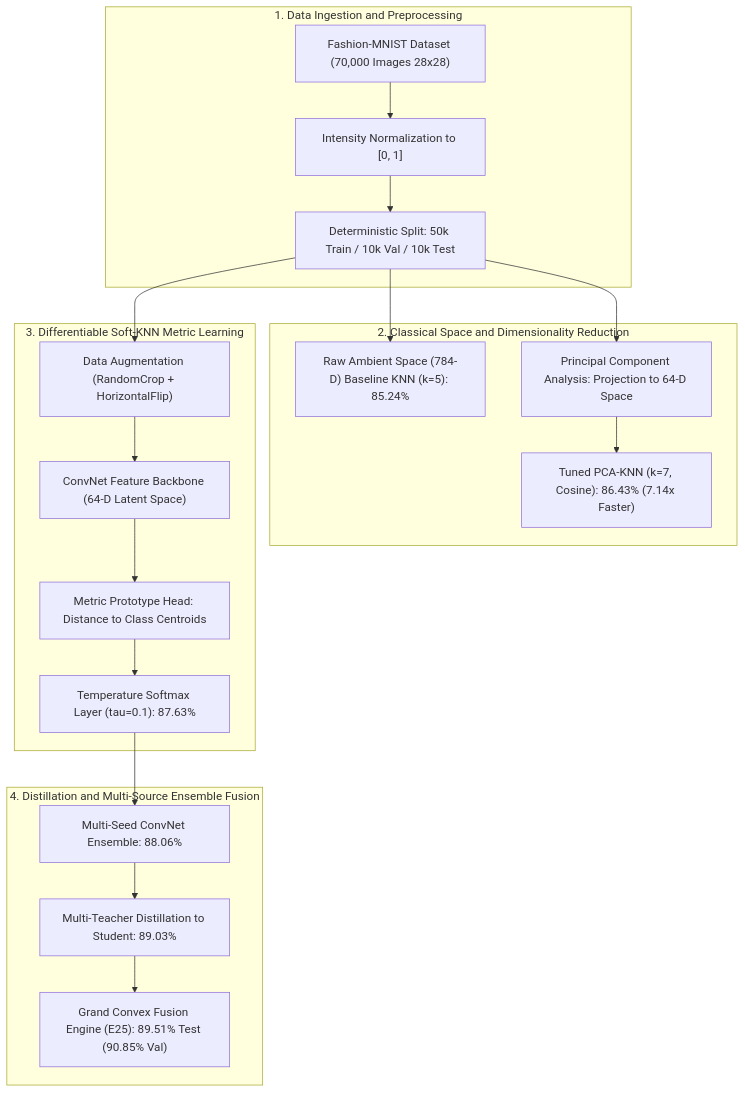
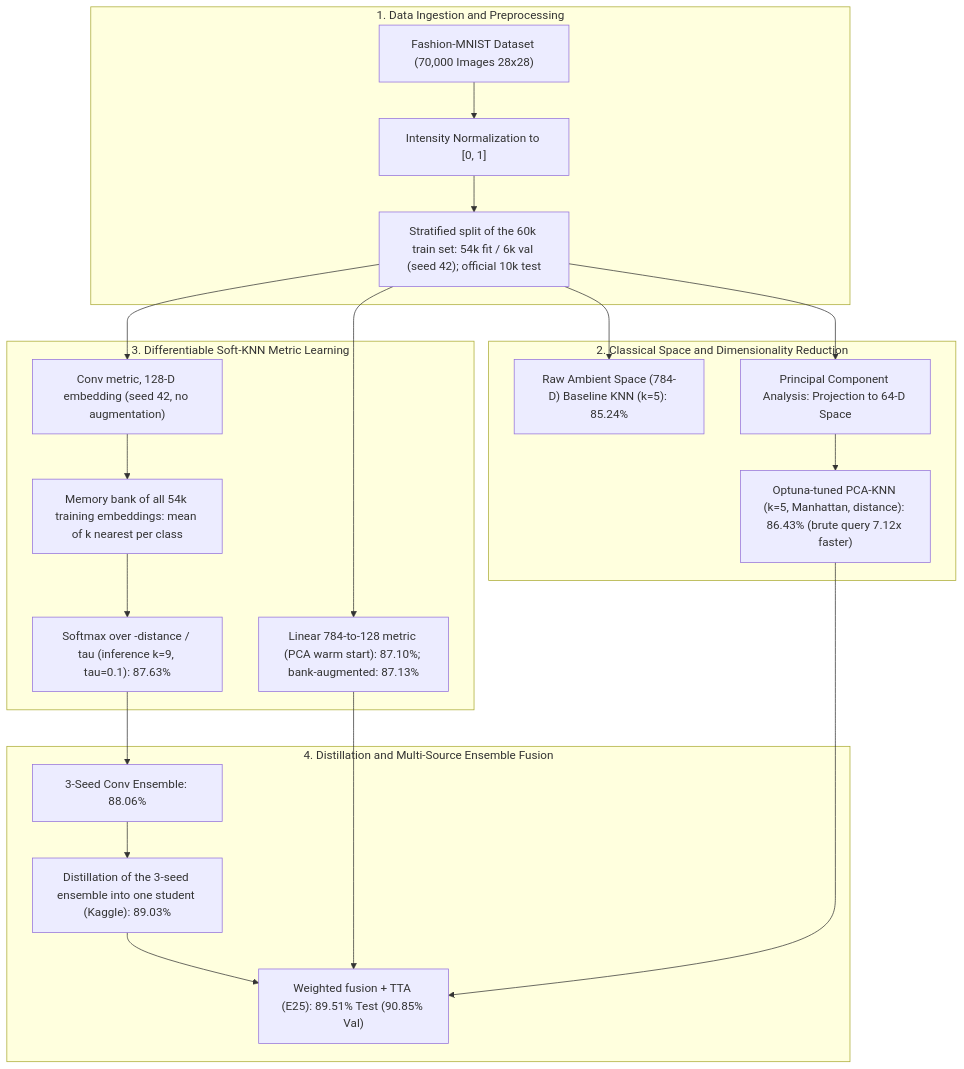
One commit to workforakng/fashion-mnist-knn-optimization changed the diagram in README.md. Above: the diagram before and after it, drawn with Mermaid. The commit also changed other lines of this file and 17 other files, not shown here.

````diff
--- a/README.md
+++ b/README.md
@@ -26,26 +31,28 @@
 ```mermaid
 flowchart TD
     subgraph S1["1. Data Ingestion and Preprocessing"]
         A["Fashion-MNIST Dataset (70,000 Images 28x28)"] --> B["Intensity Normalization to [0, 1]"]
-        B --> C["Deterministic Split: 50k Train / 10k Val / 10k Test"]
+        B --> C["Stratified split of the 60k train set: 54k fit / 6k val (seed 42); official 10k test"]
     end
 
     subgraph S2["2. Classical Space and Dimensionality Reduction"]
         C --> D["Raw Ambient Space (784-D) Baseline KNN (k=5): 85.24%"]
         C --> E["Principal Component Analysis: Projection to 64-D Space"]
-        E --> F["Tuned PCA-KNN (k=7, Cosine): 86.43% (7.14x Faster)"]
+        E --> F["Optuna-tuned PCA-KNN (k=5, Manhattan, distance): 86.43% (brute query 7.12x faster)"]
     end
 
     subgraph S3["3. Differentiable Soft-KNN Metric Learning"]
-        C --> G["Data Augmentation (RandomCrop + HorizontalFlip)"]
-        G --> H["ConvNet Feature Backbone (64-D Latent Space)"]
-        H --> I["Metric Prototype Head: Distance to Class Centroids"]
-        I --> J["Temperature Softmax Layer (tau=0.1): 87.63%"]
+        C --> G["Linear 784-to-128 metric (PCA warm start): 87.10%; bank-augmented: 87.13%"]
+        C --> H["Conv metric, 128-D embedding (seed 42, no augmentation)"]
+        H --> I["Memory bank of all 54k training embeddings: mean of k nearest per class"]
+        I --> J["Softmax over -distance / tau (inference k=9, tau=0.1): 87.63%"]
     end
 
     subgraph S4["4. Distillation and Multi-Source Ensemble Fusion"]
-        J --> K["Multi-Seed ConvNet Ensemble: 88.06%"]
-        K --> L["Multi-Teacher Distillation to Student: 89.03%"]
-        L --> M["Grand Convex Fusion Engine (E25): 89.51% Test (90.85% Val)"]
+        J --> K["3-Seed Conv Ensemble: 88.06%"]
+        K --> L["Distillation of the 3-seed ensemble into one student (Kaggle): 89.03%"]
+        L --> M["Weighted fusion + TTA (E25): 89.51% Test (90.85% Val)"]
+        G --> M
+        F --> M
     end
 ```
````
